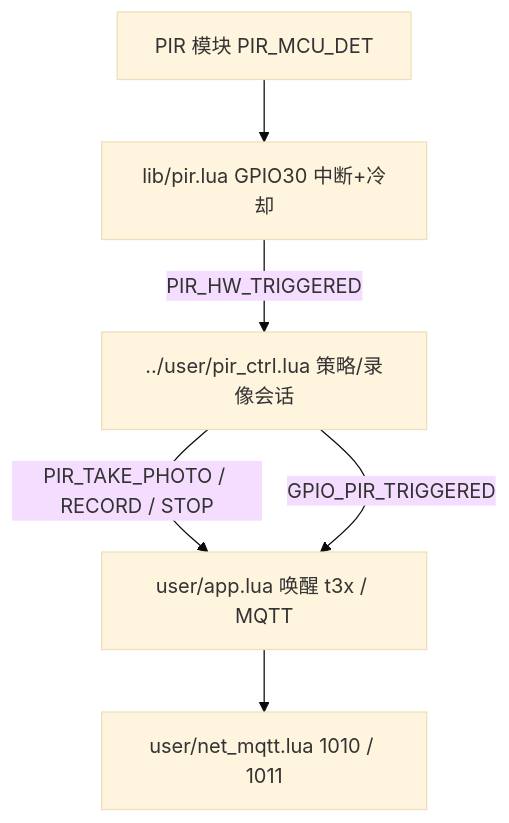
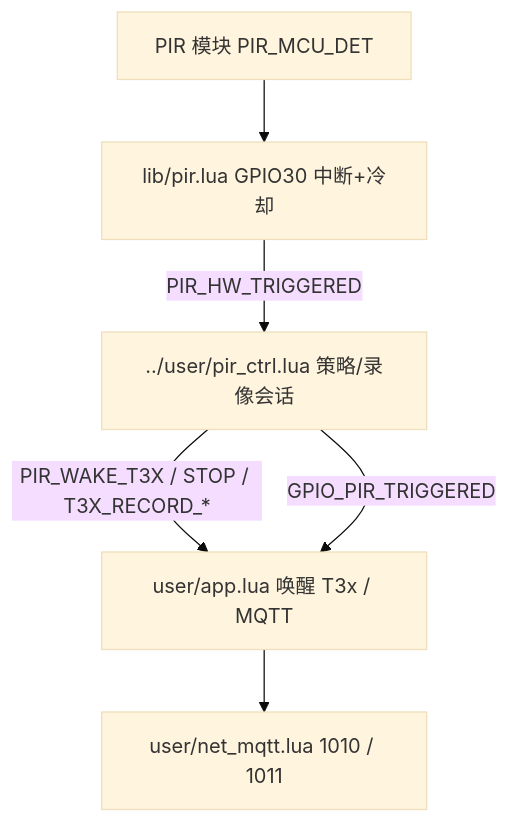
The second of 4 diagrams in doc/PIR_HARDWARE.md (dzr1986/AIR780EHM), drawn with Mermaid (base theme) before and after one commit. The commit also changed other lines of this file and 107 other files, not shown here.

````diff
--- a/doc/PIR_HARDWARE.md
+++ b/doc/PIR_HARDWARE.md
@@ -74,13 +76,13 @@
 ```mermaid
 flowchart TB
     HW[PIR 模块 PIR_MCU_DET]
     PIR[lib/pir.lua GPIO30 中断+冷却]
     CTRL[../user/pir_ctrl.lua 策略/录像会话]
-    APP[user/app.lua 唤醒 t3x / MQTT]
+    APP[user/app.lua 唤醒 T3x / MQTT]
     NET[user/net_mqtt.lua 1010 / 1011]
     HW --> PIR
     PIR -->|PIR_HW_TRIGGERED| CTRL
-    CTRL -->|PIR_TAKE_PHOTO / RECORD / STOP| APP
+    CTRL -->|PIR_WAKE_T3X / STOP / T3X_RECORD_*| APP
     APP --> NET
     CTRL -->|GPIO_PIR_TRIGGERED| APP
 ```
````
